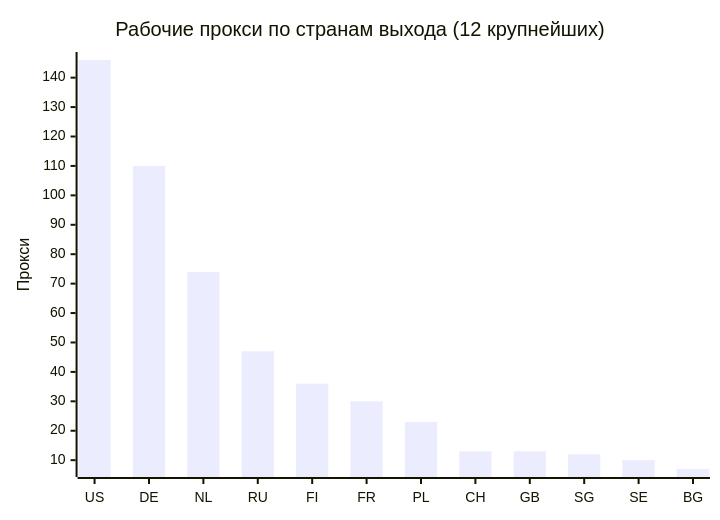
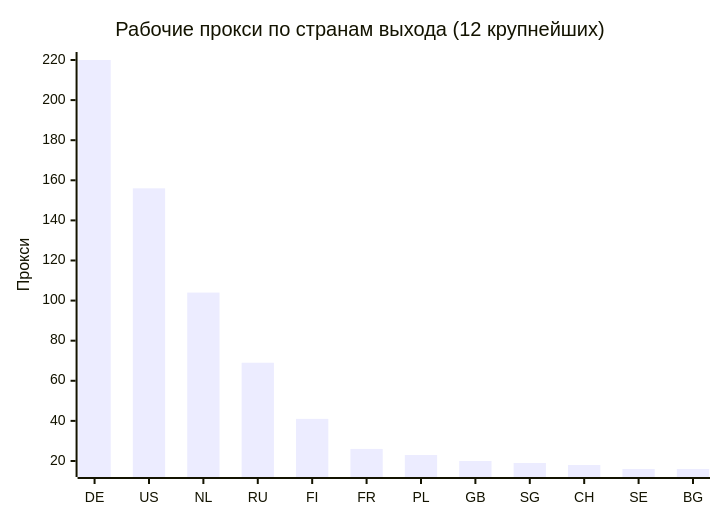
Before and after one commit to rvvg/proxy-subs: the second of 4 diagrams in README.md, drawn with Mermaid. The commit also changed other lines of this file and 50 other files, not shown here.

````diff
--- a/README.md
+++ b/README.md
@@ -131,7 +131,7 @@
 ```mermaid
 xychart-beta
     title "Рабочие прокси по странам выхода (12 крупнейших)"
-    x-axis ["US", "DE", "NL", "RU", "FI", "FR", "PL", "CH", "GB", "SG", "SE", "BG"]
+    x-axis ["DE", "US", "NL", "RU", "FI", "FR", "PL", "GB", "SG", "CH", "SE", "BG"]
     y-axis "Прокси"
-    bar [146, 110, 74, 47, 36, 30, 23, 13, 13, 12, 10, 7]
+    bar [220, 156, 104, 69, 41, 26, 23, 20, 19, 18, 16, 16]
 ```
````
